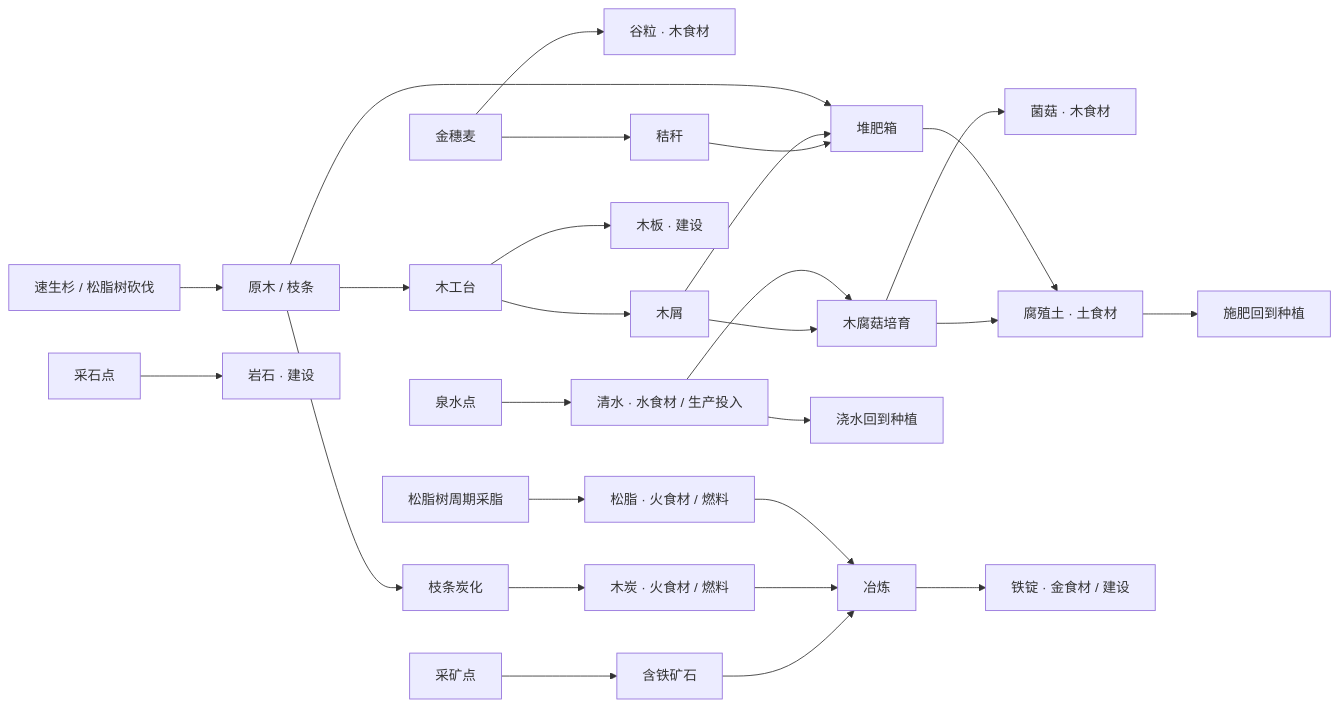
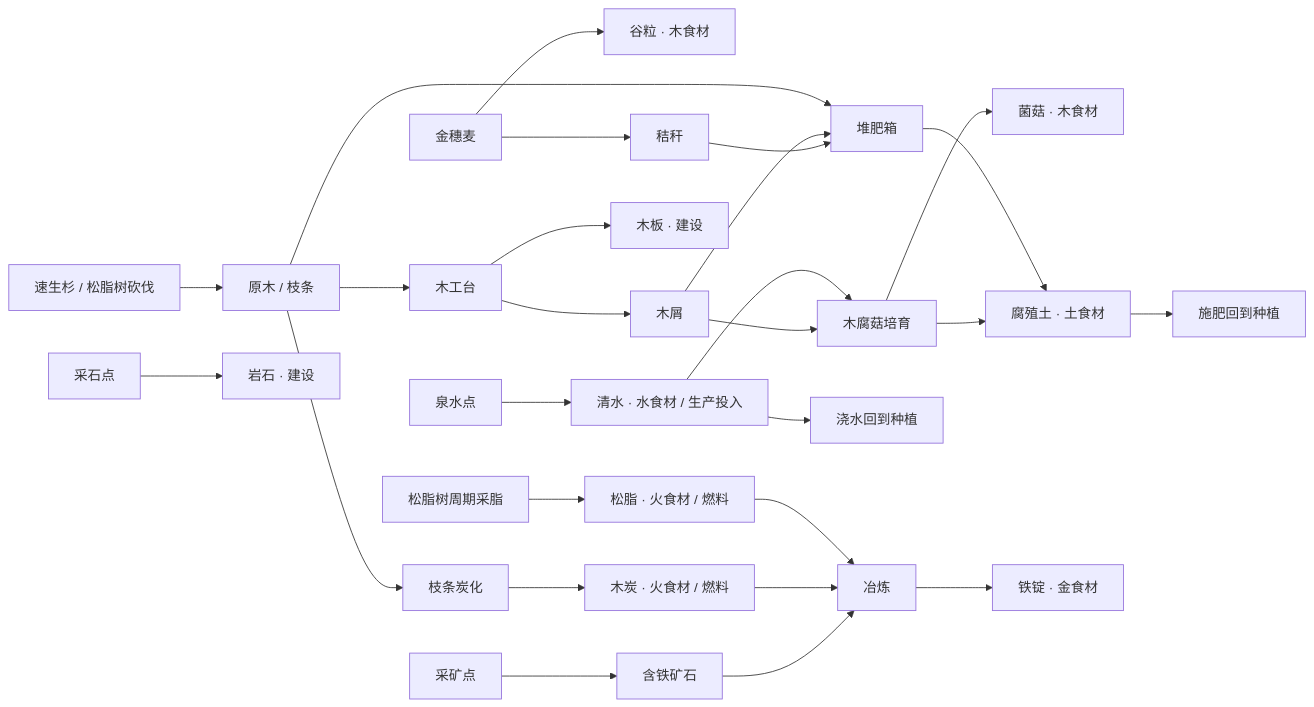
Before and after one commit to onestudentforcode/rpgmap: the diagram in docs/farming/demo-v1-resources.md, drawn with Mermaid. The commit also changed other lines of this file and 3 other files, not shown here.

````diff
--- a/docs/farming/demo-v1-resources.md
+++ b/docs/farming/demo-v1-resources.md
@@ -71,29 +71,29 @@
 ```mermaid
 flowchart LR
     Wheat[金穗麦] --> Grain[谷粒 · 木食材]
     Wheat --> Straw[秸秆]
     Trees[速生杉 / 松脂树砍伐] --> Wood[原木 / 枝条]
     ResinTree[松脂树周期采脂] --> Resin[松脂 · 火食材 / 燃料]
     Wood --> Mill[木工台]
     Mill --> Plank[木板 · 建设]
     Mill --> Chip[木屑]
     Chip --> Fungi[木腐菇培育]
     Fungi --> Mushroom[菌菇 · 木食材]
     Fungi --> Humus[腐殖土 · 土食材]
     Straw --> Compost[堆肥箱]
     Chip --> Compost
     Wood --> Compost
     Compost --> Humus
     Humus --> Fertility[施肥回到种植]
     Wood --> Char[枝条炭化]
     Char --> Fuel[木炭 · 火食材 / 燃料]
     Spring[泉水点] --> Water[清水 · 水食材 / 生产投入]
     Water --> Fungi
     Water --> Irrigation[浇水回到种植]
     Mine[采矿点] --> Ore[含铁矿石]
     Ore --> Smelt[冶炼]
     Fuel --> Smelt
     Resin --> Smelt
-    Smelt --> Iron[铁锭 · 金食材 / 建设]
+    Smelt --> Iron[铁锭 · 金食材]
     Stone[采石点] --> Build[岩石 · 建设]
 ```
````
